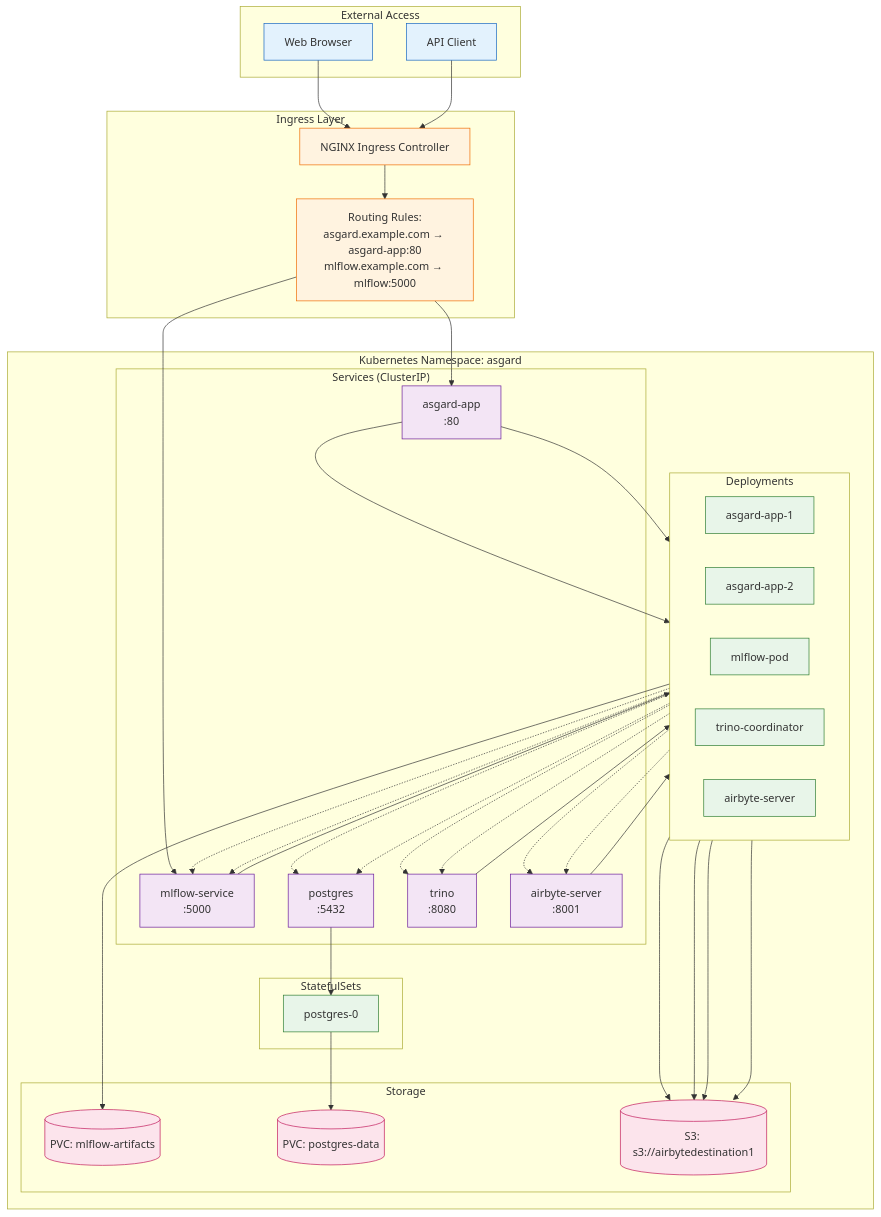
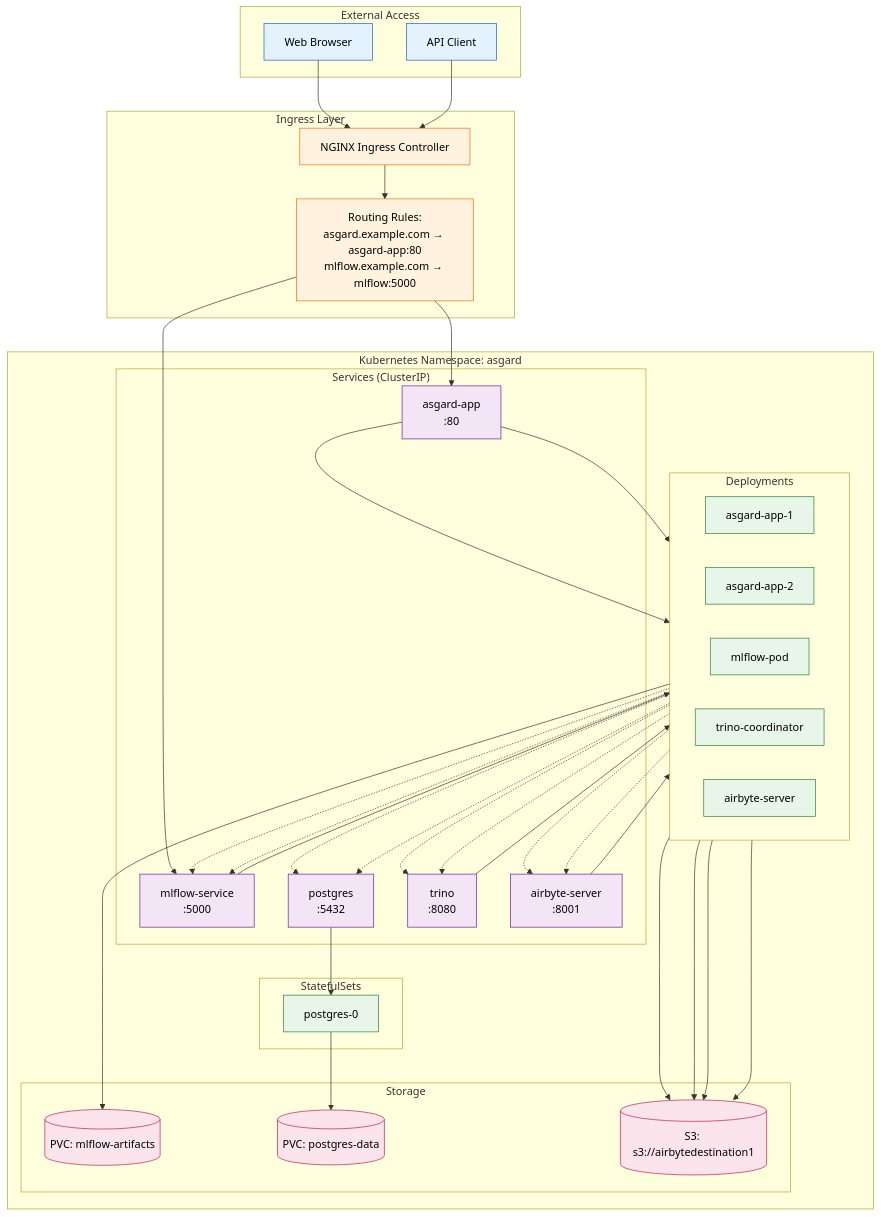
One commit to snowcell-cloud/asgard changed diagram 17 of 19 in docs/COMPLETE_ARCHITECTURE.md. Above: the diagram before and after it, drawn with Mermaid. The commit also changed other lines of this file, not shown here.

Commit message:
fix: Update mermaid class definitions for consistent color styling in COMPLETE_ARCHITECTURE.md

````diff
--- a/docs/COMPLETE_ARCHITECTURE.md
+++ b/docs/COMPLETE_ARCHITECTURE.md
@@ -1187,68 +1187,68 @@
 ```mermaid
 flowchart TB
     subgraph Internet["External Access"]
         Browser[Web Browser]
         Client[API Client]
     end
 
     subgraph Ingress["Ingress Layer"]
         NGINX[NGINX Ingress Controller]
         Rules["Routing Rules:\nasgard.example.com → asgard-app:80\nmlflow.example.com → mlflow:5000"]
     end
 
     subgraph Namespace["Kubernetes Namespace: asgard"]
         subgraph Services["Services (ClusterIP)"]
             SvcAPI[asgard-app\n:80]
             SvcMLflow[mlflow-service\n:5000]
             SvcPG[postgres\n:5432]
             SvcTrino[trino\n:8080]
             SvcAirbyte[airbyte-server\n:8001]
         end
 
         subgraph Deployments["Deployments"]
             direction LR
             PodAPI1[asgard-app-1]
             PodAPI2[asgard-app-2]
             PodMLflow[mlflow-pod]
             PodTrino[trino-coordinator]
             PodAirbyte[airbyte-server]
         end
 
         subgraph StatefulSets["StatefulSets"]
             PodPG[postgres-0]
         end
 
         subgraph Storage["Storage"]
             PVC1[(PVC: mlflow-artifacts)]
             PVC2[(PVC: postgres-data)]
             S3[(S3: s3://airbytedestination1)]
         end
     end
 
     Browser & Client --> NGINX
     NGINX --> Rules
     Rules --> SvcAPI & SvcMLflow
 
     SvcAPI --> PodAPI1 & PodAPI2
     SvcMLflow --> PodMLflow
     SvcPG --> PodPG
     SvcTrino --> PodTrino
     SvcAirbyte --> PodAirbyte
 
     PodAPI1 & PodAPI2 -.-> SvcMLflow & SvcPG & SvcTrino & SvcAirbyte
     PodMLflow --> PVC1
     PodPG --> PVC2
     PodAPI1 & PodAPI2 & PodMLflow & PodTrino --> S3
 
-    classDef externalStyle fill:#e3f2fd,stroke:#1565c0
-    classDef ingressStyle fill:#fff3e0,stroke:#ef6c00
-    classDef serviceStyle fill:#f3e5f5,stroke:#6a1b9a
-    classDef podStyle fill:#e8f5e9,stroke:#2e7d32
-    classDef storageStyle fill:#fce4ec,stroke:#c2185b
+    classDef externalStyle fill:#e3f2fd,stroke:#1565c0,color:#000
+    classDef ingressStyle fill:#fff3e0,stroke:#ef6c00,color:#000
+    classDef serviceStyle fill:#f3e5f5,stroke:#6a1b9a,color:#000
+    classDef podStyle fill:#e8f5e9,stroke:#2e7d32,color:#000
+    classDef storageStyle fill:#fce4ec,stroke:#c2185b,color:#000
 
     class Browser,Client externalStyle
     class NGINX,Rules ingressStyle
     class SvcAPI,SvcMLflow,SvcPG,SvcTrino,SvcAirbyte serviceStyle
     class PodAPI1,PodAPI2,PodMLflow,PodTrino,PodAirbyte,PodPG podStyle
     class PVC1,PVC2,S3 storageStyle
 ```
````
